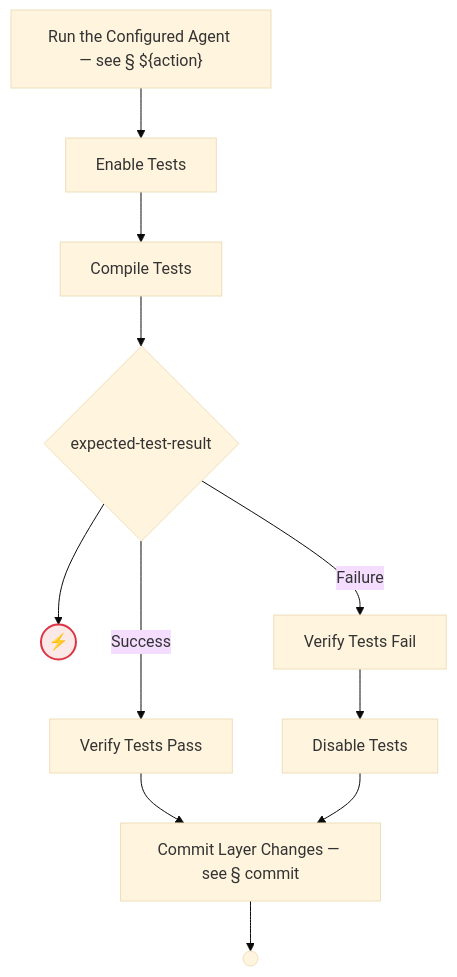
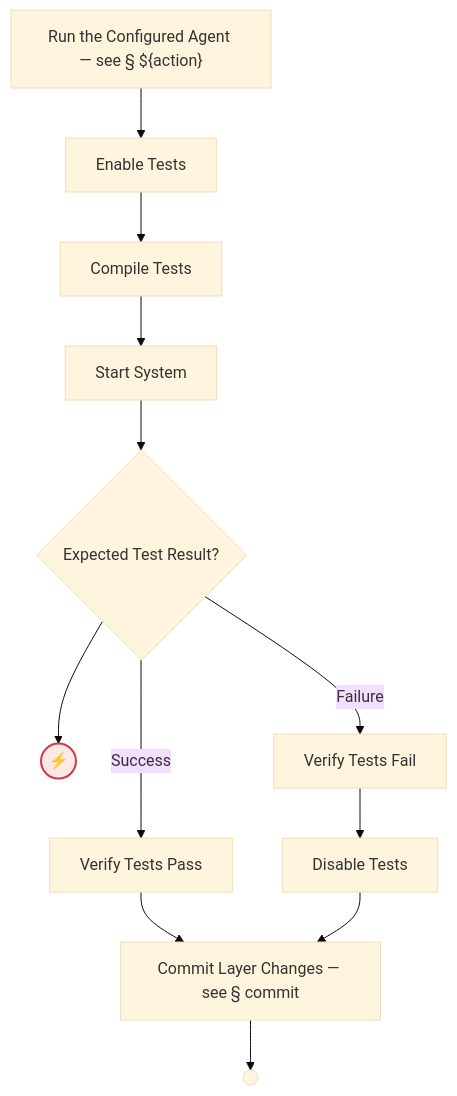
Before and after one commit to optivem/gh-optivem: diagram 22 of 53 in docs/process-diagram.md, drawn with Mermaid (base theme). The commit also changed other lines of this file and 16 other files, not shown here.

Commit message:
atdd: regenerate process-flow diagram

````diff
--- a/docs/process-diagram.md
+++ b/docs/process-diagram.md
@@ -414,27 +428,29 @@
 ```mermaid
 flowchart TD
     COMMIT_LAYER[Commit Layer Changes — see § commit]
     COMPILE_TESTS[Compile Tests]
     DISABLE_TESTS[Disable Tests]
     ENABLE_TESTS[Enable Tests]
-    GATE_EXPECTED_TEST_RESULT{expected-test-result}
+    GATE_EXPECTED_TEST_RESULT{Expected Test Result?}
     IMPLEMENT_TEST_LAYER_END(( ))
     RUN_ACTION["Run the Configured Agent — see § ${action}"]
+    START_SYSTEM[Start System]
     UNKNOWN_EXPECTED_TEST_RESULT((⚡))
     VERIFY_TESTS_FAIL_FILTERED[Verify Tests Fail]
     VERIFY_TESTS_PASS_FILTERED[Verify Tests Pass]
 
     RUN_ACTION --> ENABLE_TESTS
     ENABLE_TESTS --> COMPILE_TESTS
-    COMPILE_TESTS --> GATE_EXPECTED_TEST_RESULT
+    COMPILE_TESTS --> START_SYSTEM
+    START_SYSTEM --> GATE_EXPECTED_TEST_RESULT
     GATE_EXPECTED_TEST_RESULT -- Success --> VERIFY_TESTS_PASS_FILTERED
     GATE_EXPECTED_TEST_RESULT -- Failure --> VERIFY_TESTS_FAIL_FILTERED
     GATE_EXPECTED_TEST_RESULT --> UNKNOWN_EXPECTED_TEST_RESULT
     VERIFY_TESTS_PASS_FILTERED --> COMMIT_LAYER
     VERIFY_TESTS_FAIL_FILTERED --> DISABLE_TESTS
     DISABLE_TESTS --> COMMIT_LAYER
     COMMIT_LAYER --> IMPLEMENT_TEST_LAYER_END
 
     classDef errorEndNode fill:#fbe9e7,stroke:#dc3545,stroke-width:2px,color:#000000
     class UNKNOWN_EXPECTED_TEST_RESULT errorEndNode
 ```
````
